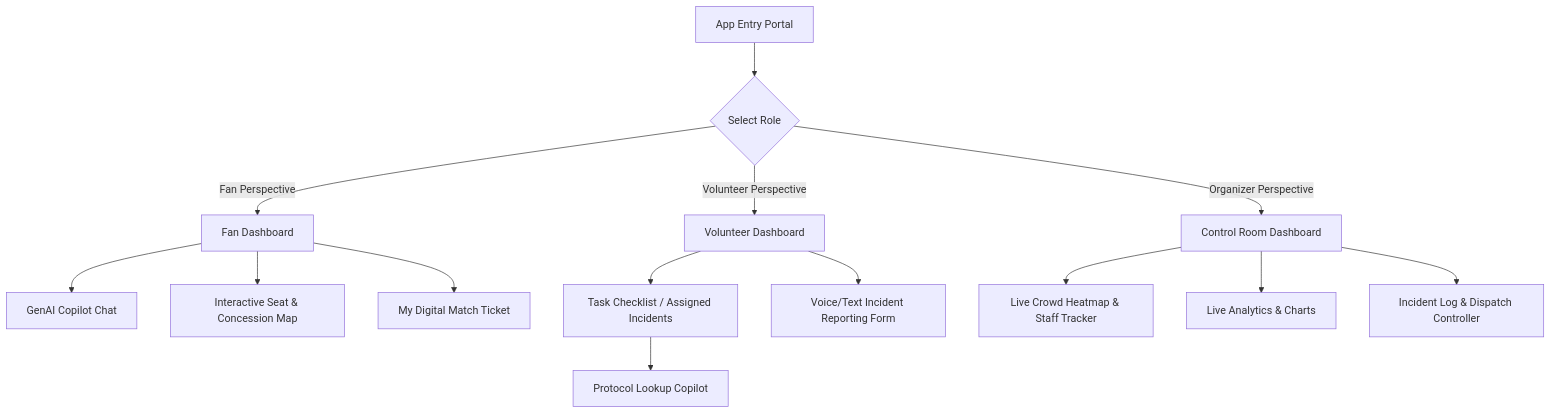
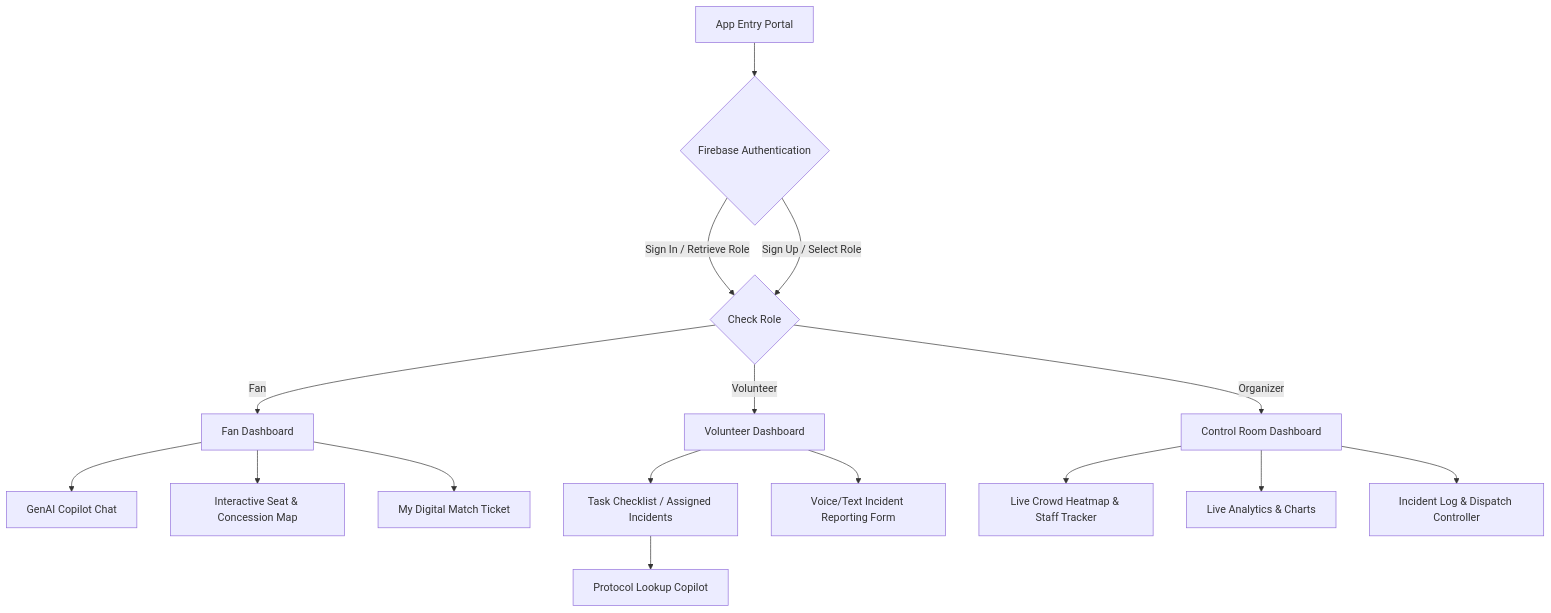
One commit to vedhavyav/stadium-management changed the first of 3 diagrams in app_flow.md. Above: the diagram before and after it, drawn with Mermaid. The commit also changed other lines of this file and 12 other files, not shown here.

Commit message:
feat: integrate Firebase Authentication and Deploy to Firebase Hosting

````diff
--- a/app_flow.md
+++ b/app_flow.md
@@ -9,19 +9,21 @@
 ```mermaid
 graph TD
-    Entry[App Entry Portal] --> Switcher{Select Role}
+    Entry[App Entry Portal] --> Auth{Firebase Authentication}
+    Auth -->|Sign In / Retrieve Role| Route{Check Role}
+    Auth -->|Sign Up / Select Role| Route
     
-    Switcher -->|Fan Perspective| FanDashboard[Fan Dashboard]
+    Route -->|Fan| FanDashboard[Fan Dashboard]
     FanDashboard --> FanChat[GenAI Copilot Chat]
     FanDashboard --> FanMap[Interactive Seat & Concession Map]
     FanDashboard --> FanTicket[My Digital Match Ticket]
     
-    Switcher -->|Volunteer Perspective| VolDashboard[Volunteer Dashboard]
+    Route -->|Volunteer| VolDashboard[Volunteer Dashboard]
     VolDashboard --> VolTasks[Task Checklist / Assigned Incidents]
     VolTasks --> VolChat[Protocol Lookup Copilot]
     VolDashboard --> VolReport[Voice/Text Incident Reporting Form]
     
-    Switcher -->|Organizer Perspective| OrgDashboard[Control Room Dashboard]
+    Route -->|Organizer| OrgDashboard[Control Room Dashboard]
     OrgDashboard --> OrgMap[Live Crowd Heatmap & Staff Tracker]
     OrgDashboard --> OrgStats[Live Analytics & Charts]
     OrgDashboard --> OrgIncidents[Incident Log & Dispatch Controller]
 ```
````
